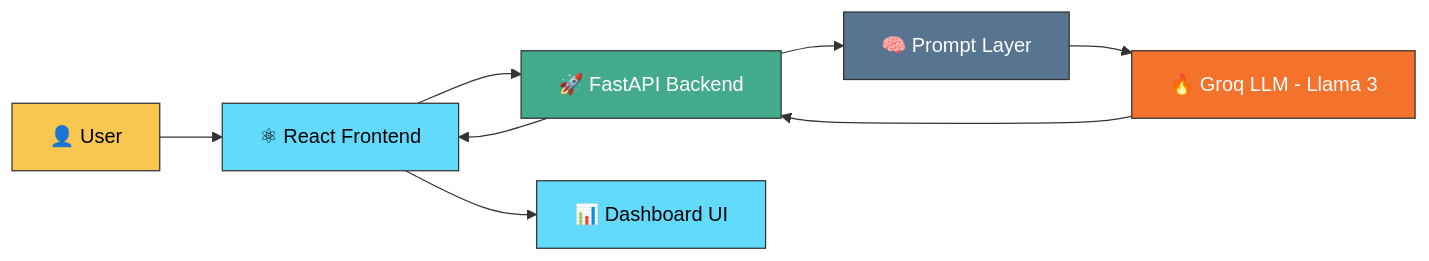
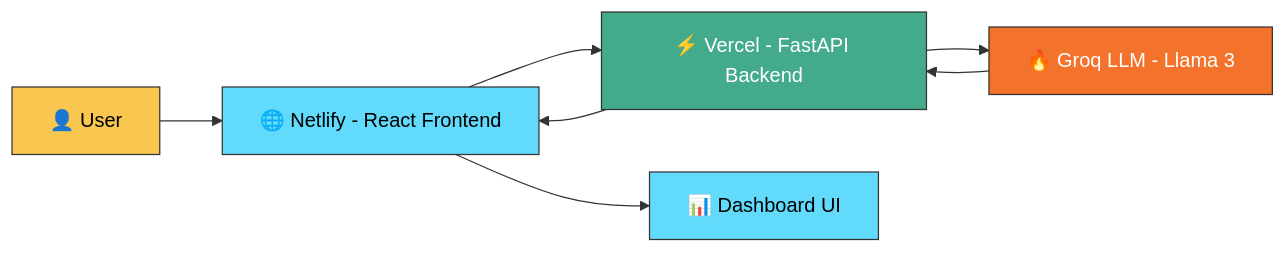
The first of 4 diagrams in Readme.md (kaushlendra0607/NLP_Sentiment_Analysis), drawn with Mermaid before and after one commit. The commit also changed other lines of this file, not shown here.

Commit message:
Little changes in readme.

````diff
--- a/Readme.md
+++ b/Readme.md
@@ -70,17 +70,16 @@
 ```mermaid
 flowchart LR
 
-    A[👤 User]:::user --> B[⚛ React Frontend]:::frontend
-    B --> C[🚀 FastAPI Backend]:::backend
-    C --> D[🧠 Prompt Layer]:::logic
-    D --> E[🔥 Groq LLM - Llama 3]:::llm
-    E --> C
+    A[👤 User]:::user --> B[🌐 Netlify - React Frontend]:::frontend
+    B --> C[⚡ Vercel - FastAPI Backend]:::backend
+    C --> D[🔥 Groq LLM - Llama 3]:::llm
+    D --> C
     C --> B
-    B --> F[📊 Dashboard UI]:::frontend
+    B --> E[📊 Dashboard UI]:::frontend
 
     classDef user fill:#f9c74f,stroke:#333,color:#000;
     classDef frontend fill:#61dafb,stroke:#333,color:#000;
     classDef backend fill:#43aa8b,stroke:#333,color:#fff;
     classDef logic fill:#577590,stroke:#333,color:#fff;
     classDef llm fill:#f3722c,stroke:#333,color:#fff;
 ```
````
